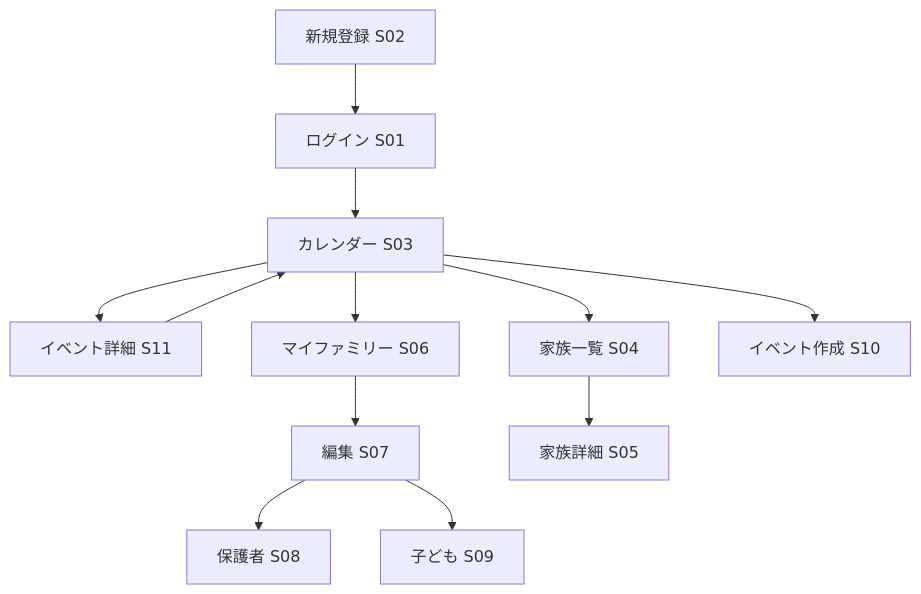
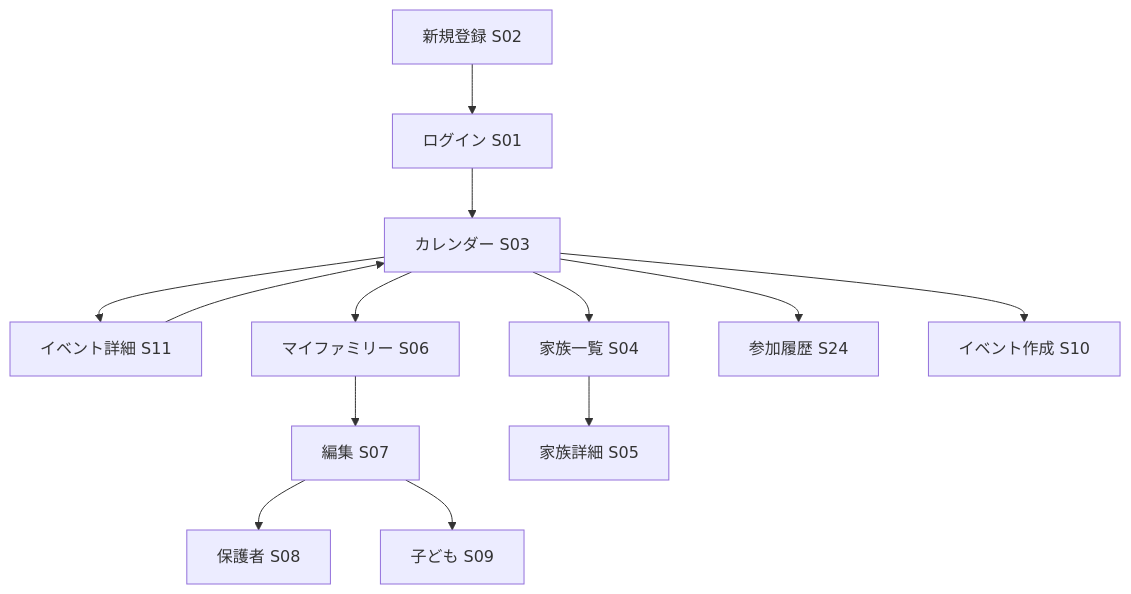
The first of 3 diagrams in ui.md (aoikk45-web/minsuke-springboot_02), drawn with Mermaid before and after one commit. The commit also changed other lines of this file and 17 other files, not shown here.

````diff
--- a/ui.md
+++ b/ui.md
@@ -66,14 +67,15 @@
 ```mermaid
 flowchart TD
     Login[ログイン S01] --> Calendar[カレンダー S03]
     Register[新規登録 S02] --> Login
     Calendar --> EventDetail[イベント詳細 S11]
     Calendar --> Families[家族一覧 S04]
     Calendar --> MyFamily[マイファミリー S06]
+    Calendar --> Participations[参加履歴 S24]
     MyFamily --> MyFamilyEdit[編集 S07]
     MyFamilyEdit --> ParentForm[保護者 S08]
     MyFamilyEdit --> ChildForm[子ども S09]
     Families --> FamilyDetail[家族詳細 S05]
     Calendar --> EventCreate[イベント作成 S10]
     EventDetail --> Calendar
 ```
````
